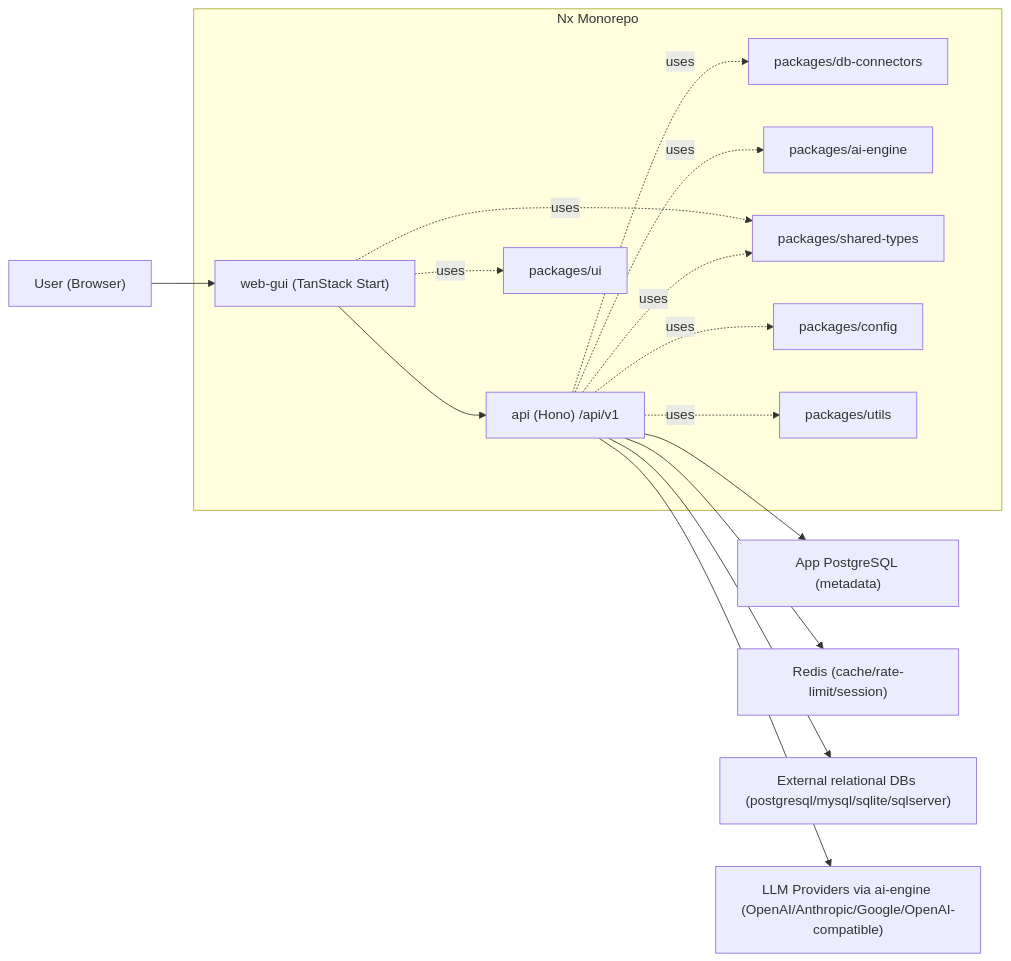
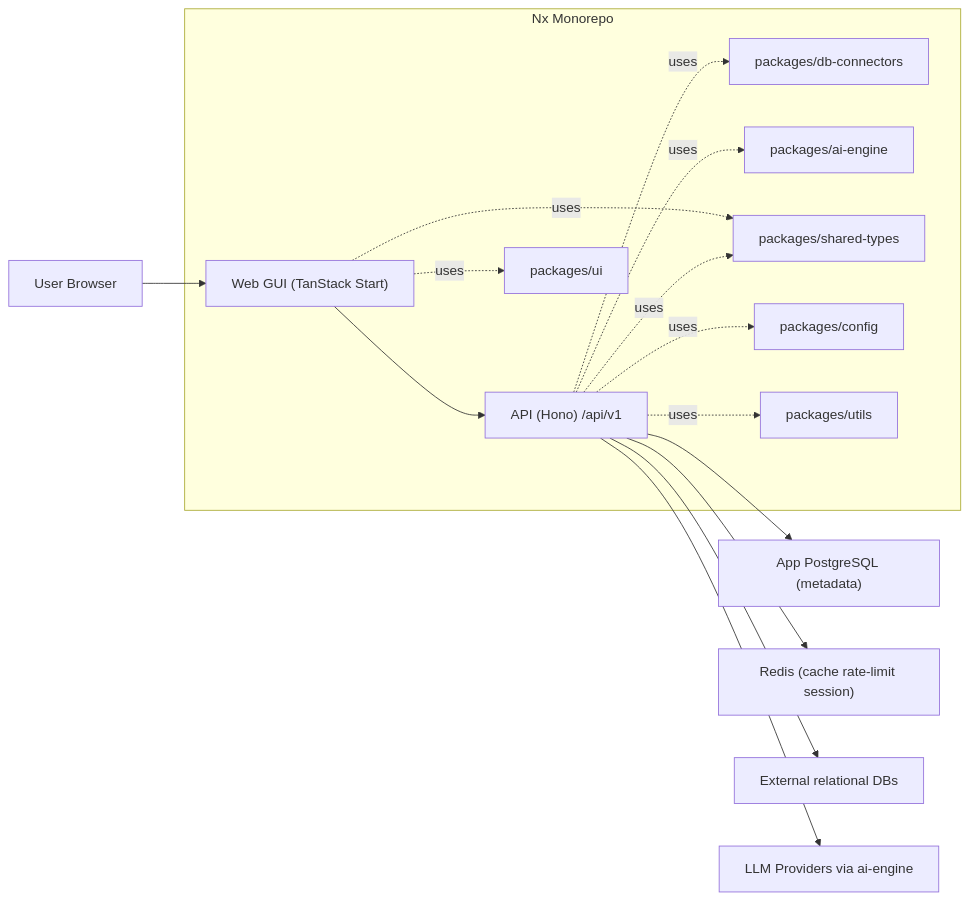
One commit to Veri5ied/dataflow-studio changed the first of 7 diagrams in docs/system-design-flow.md. Above: the diagram before and after it, drawn with Mermaid. The commit also changed other lines of this file, not shown here.

Commit message:
GitHub-safe Mermaid syntax

````diff
--- a/docs/system-design-flow.md
+++ b/docs/system-design-flow.md
@@ -7,28 +7,28 @@
 ```mermaid
 flowchart LR
-  U["User (Browser)"] --> WG["web-gui (TanStack Start)"]
-  WG --> API["api (Hono) /api/v1"]
+  U["User Browser"] --> WG["Web GUI (TanStack Start)"]
+  WG --> API["API (Hono) /api/v1"]
   API --> APPDB["App PostgreSQL (metadata)"]
-  API --> REDIS["Redis (cache/rate-limit/session)"]
-  API --> EXTDB["External relational DBs (postgresql/mysql/sqlite/sqlserver)"]
-  API --> AI["LLM Providers via ai-engine (OpenAI/Anthropic/Google/OpenAI-compatible)"]
+  API --> REDIS["Redis (cache rate-limit session)"]
+  API --> EXTDB["External relational DBs"]
+  API --> AI["LLM Providers via ai-engine"]
 
   subgraph MONO["Nx Monorepo"]
     WG
     API
     P1["packages/ui"]
     P2["packages/db-connectors"]
     P3["packages/ai-engine"]
     P4["packages/shared-types"]
     P5["packages/config"]
     P6["packages/utils"]
   end
 
   WG -. uses .-> P1
   API -. uses .-> P2
   API -. uses .-> P3
   WG -. uses .-> P4
   API -. uses .-> P4
   API -. uses .-> P5
   API -. uses .-> P6
 ```
````
